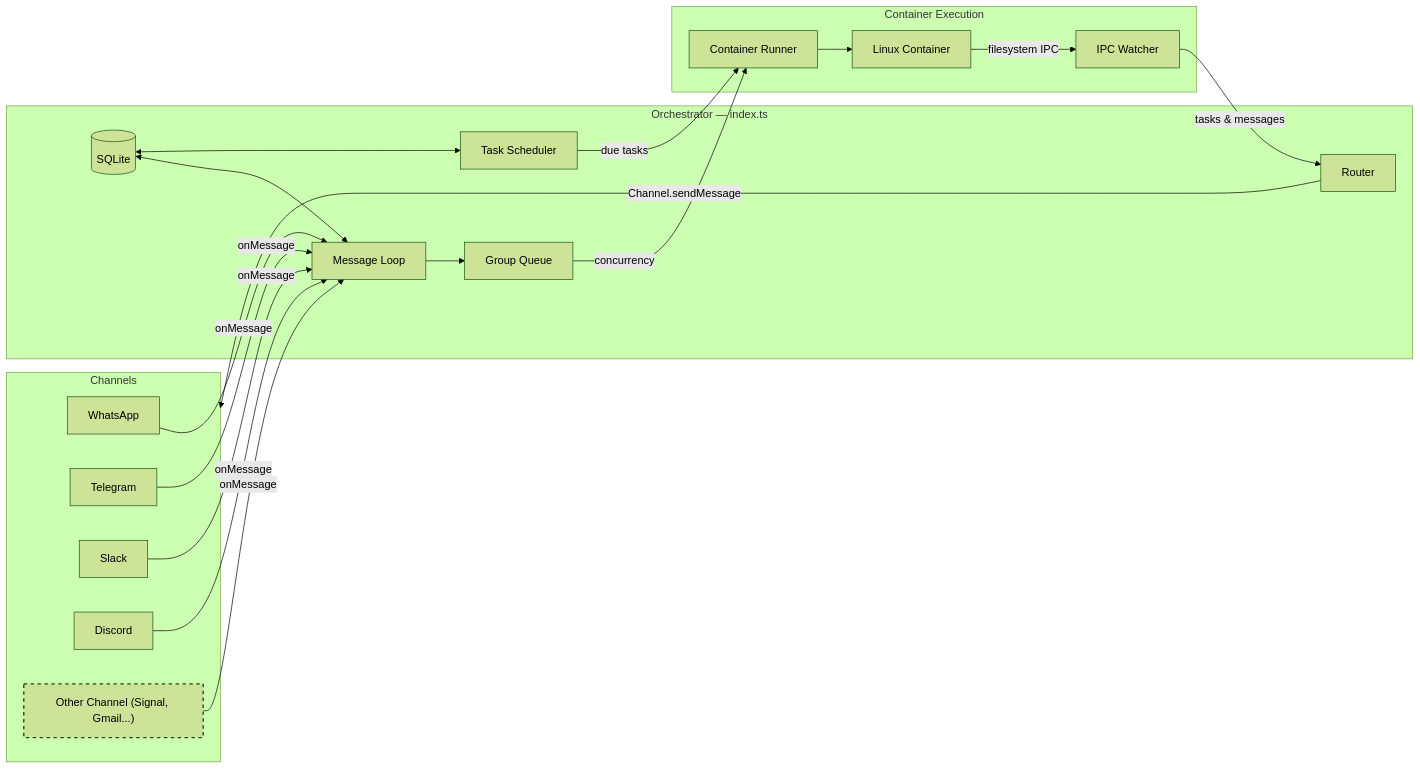
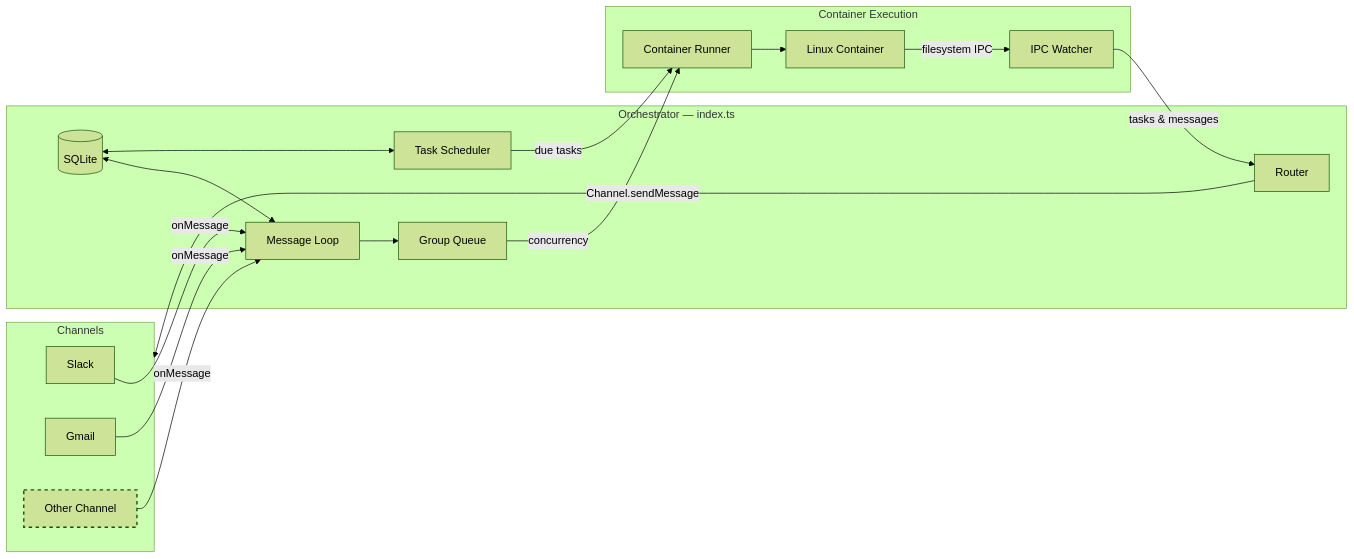
Before and after one commit to chocoSprite/nanoclaw: the diagram in docs/SPEC.md, drawn with Mermaid (forest theme). The commit also changed other lines of this file and 7 other files, not shown here.

First line of the commit message:
docs: strip upstream channel legacy (WhatsApp/Telegram/Discord) from skills and spec

````diff
--- a/docs/SPEC.md
+++ b/docs/SPEC.md
@@ -93,41 +93,39 @@
 ```mermaid
 graph LR
     subgraph Channels["Channels"]
-        WA[WhatsApp]
-        TG[Telegram]
         SL[Slack]
-        DC[Discord]
-        New["Other Channel (Signal, Gmail...)"]
+        GM[Gmail]
+        New["Other Channel"]
     end
 
     subgraph Orchestrator["Orchestrator — index.ts"]
         ML[Message Loop]
         GQ[Group Queue]
         RT[Router]
         TS[Task Scheduler]
         DB[(SQLite)]
     end
 
     subgraph Execution["Container Execution"]
         CR[Container Runner]
         LC["Linux Container"]
         IPC[IPC Watcher]
     end
 
     %% Flow
-    WA & TG & SL & DC & New -->|onMessage| ML
+    SL & GM & New -->|onMessage| ML
     ML --> GQ
     GQ -->|concurrency| CR
     CR --> LC
     LC -->|filesystem IPC| IPC
     IPC -->|tasks & messages| RT
     RT -->|Channel.sendMessage| Channels
     TS -->|due tasks| CR
 
     %% DB Connections
     DB <--> ML
     DB <--> TS
 
     %% Styling for the dynamic channel
     style New stroke-dasharray: 5 5,stroke-width:2px
 ```
````
